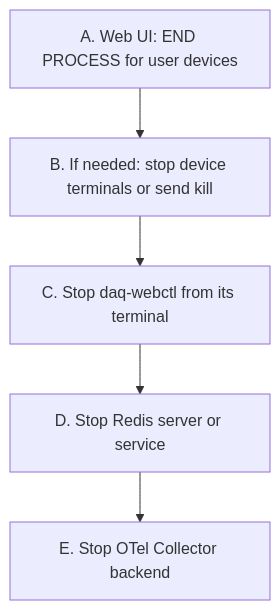
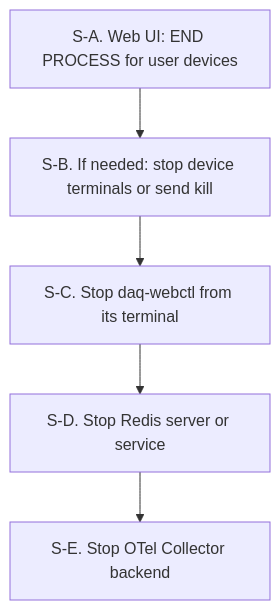
Before and after one commit to tntakahashi/nestdaq: the second of 2 diagrams in examples/README.md, drawn with Mermaid. The commit also changed other lines of this file, not shown here.

````diff
--- a/examples/README.md
+++ b/examples/README.md
@@ -297,10 +297,10 @@
 ```mermaid
 flowchart TD
-  End[A. Web UI: END PROCESS for user devices]
-  DeviceFallback[B. If needed: stop device terminals or send kill]
-  WebCtl[C. Stop daq-webctl from its terminal]
-  Redis[D. Stop Redis server or service]
-  Otel[E. Stop OTel Collector backend]
+  End[S-A. Web UI: END PROCESS for user devices]
+  DeviceFallback[S-B. If needed: stop device terminals or send kill]
+  WebCtl[S-C. Stop daq-webctl from its terminal]
+  Redis[S-D. Stop Redis server or service]
+  Otel[S-E. Stop OTel Collector backend]
 
   End --> DeviceFallback --> WebCtl --> Redis --> Otel
 ```
````
